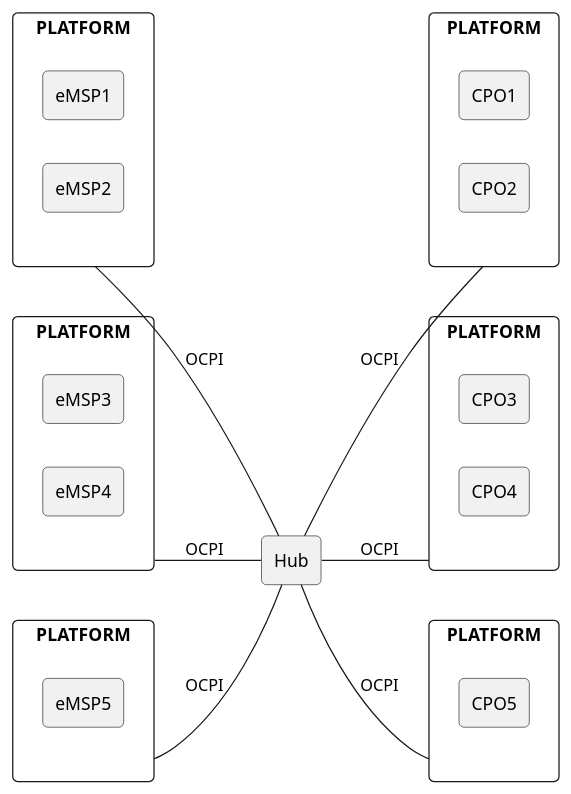
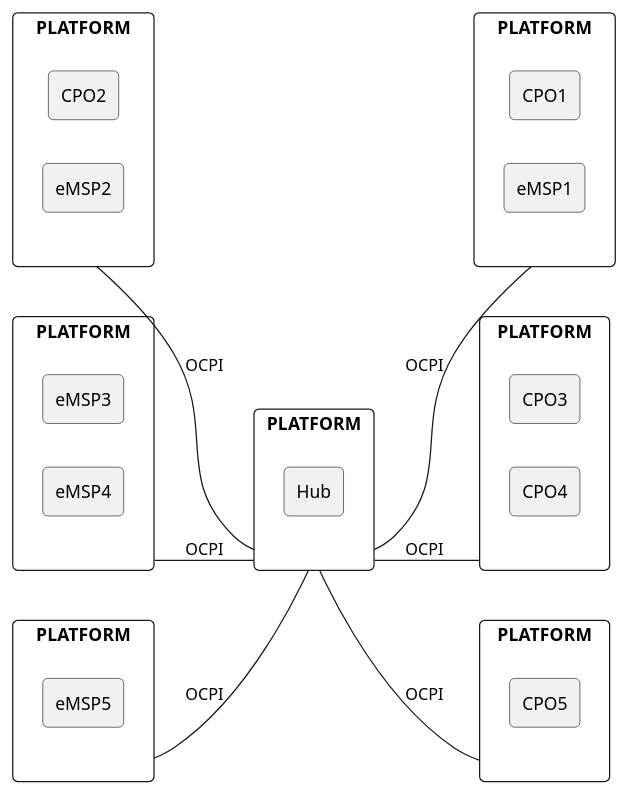
The diagram in plantuml/architecture_hub_simple.plantuml (ocpi/ocpi), drawn with PlantUML before and after one commit. The commit also changed 2 other files, not shown here.

Commit message:
Added platform to hub topology diagram

```diff
--- a/plantuml/architecture_hub_simple.plantuml
+++ b/plantuml/architecture_hub_simple.plantuml
@@ -1,50 +1,50 @@
 @startuml
-
 skinparam agent {
 	roundCorner 8
 }
 
 skinparam rectangle {
 	roundCorner 8
 }
 
 left to right direction
 
 rectangle PLATFORM as MSP1 {
-  agent eMSP1
+  agent CPO2
   agent eMSP2
 }
 
 rectangle PLATFORM as MSP2 {
   agent eMSP3
   agent eMSP4
 }
 
 rectangle PLATFORM as MSP3 {
   agent eMSP5
 }
 
 rectangle PLATFORM as CPOP1 {
   agent CPO1
-  agent CPO2
+  agent eMSP1
 }
 
 rectangle PLATFORM as CPOP2 {
   agent CPO3
   agent CPO4
 }
 
 rectangle PLATFORM as CPOP3 {
   agent CPO5
 }
 
-agent Hub
+rectangle PLATFORM as HUBPL {
+  agent Hub
+}
 
-MSP1--Hub: OCPI
-MSP2--Hub: OCPI
-MSP3--Hub: OCPI
-Hub--CPOP1: OCPI
-Hub--CPOP2: OCPI
-Hub--CPOP3: OCPI
-
+MSP1--HUBPL: OCPI
+MSP2--HUBPL: OCPI
+MSP3--HUBPL: OCPI
+HUBPL--CPOP1: OCPI
+HUBPL--CPOP2: OCPI
+HUBPL--CPOP3: OCPI
 @enduml
```
